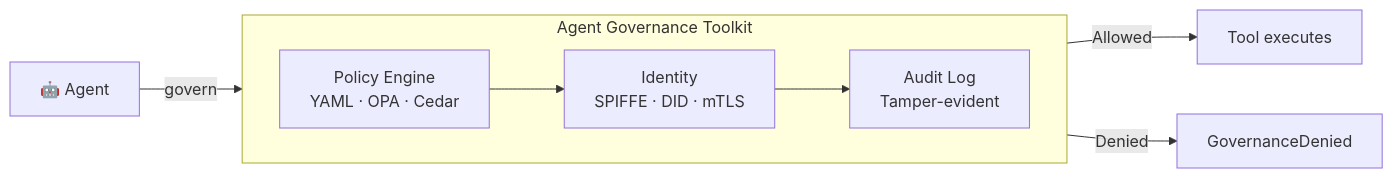
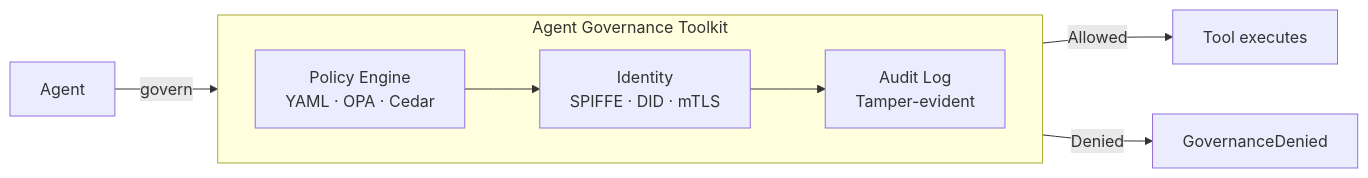
Before and after one commit to microsoft/agent-governance-toolkit: the diagram in docs/index.md, drawn with Mermaid. The commit also changed other lines of this file and 5 other files, not shown here.

````diff
--- a/docs/index.md
+++ b/docs/index.md
@@ -117,13 +122,13 @@
 ``` mermaid
 flowchart LR
-    A["🤖 Agent"] -->|govern| PE
+    A["Agent"] -->|govern| PE
     subgraph GK [" Agent Governance Toolkit "]
         direction LR
         PE["Policy Engine<br>YAML · OPA · Cedar"]
         ID["Identity<br>SPIFFE · DID · mTLS"]
         AL["Audit Log<br>Tamper-evident"]
         PE --> ID --> AL
     end
     AL -->|Allowed| T["Tool executes"]
     PE -->|Denied| D["GovernanceDenied"]
 ```
````
